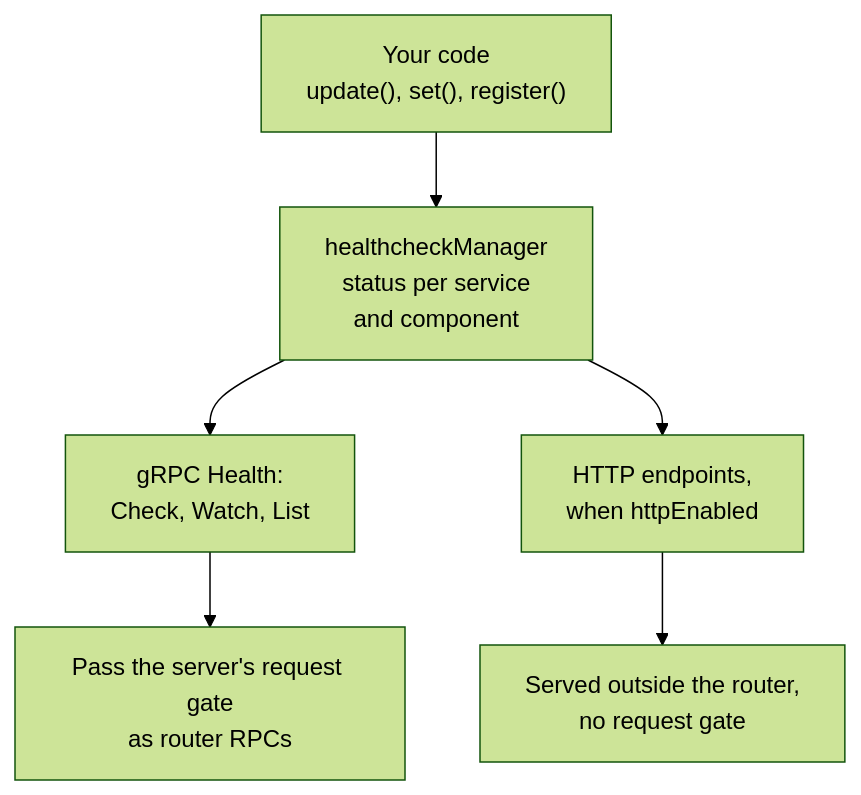
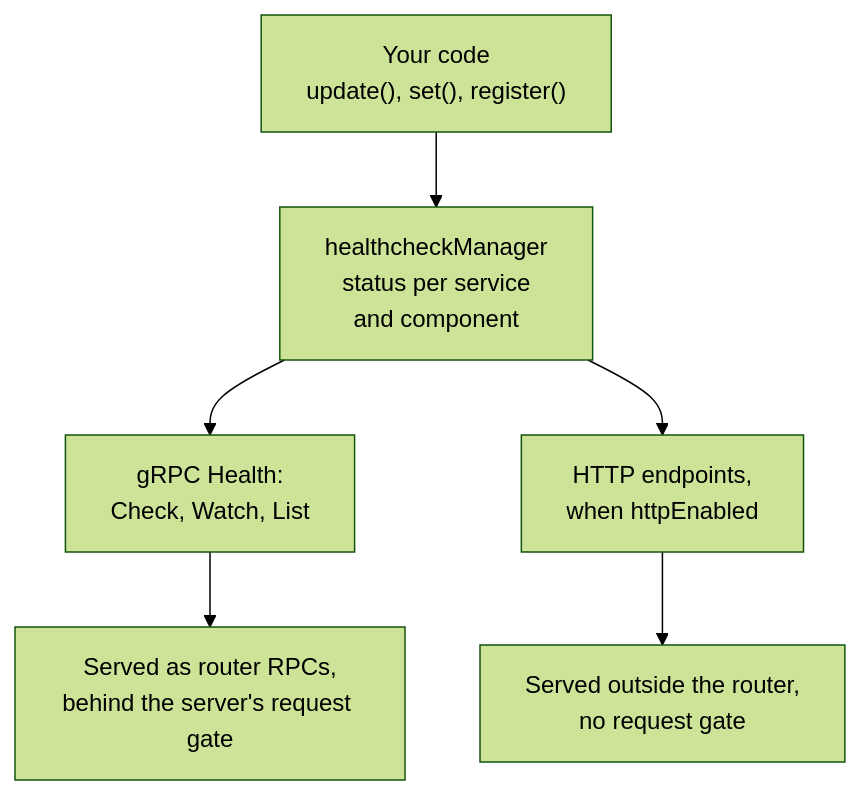
Before and after one commit to Connectum-Framework/docs: the diagram in en/guide/health-checks/protocol.md, drawn with Mermaid (forest theme). The commit also changed 1 other file, not shown here.

Commit message:
docs(diagrams): restore the "When to use" heading of the in-process page and word the health diagram node plainly
The in-process transport page lost its "When to use:" heading and the first bullet text had been appended to the paragraph before the list; both are back as they were. The health diagram node that read "Pass the server's request gate as router RPCs" now reads "Served as router RPCs, behind the server's request gate".

Claude-Session: https://claude.ai/code/session_01FoznWr9X2vr4VDNvKtknvf

````diff
--- a/en/guide/health-checks/protocol.md
+++ b/en/guide/health-checks/protocol.md
@@ -49,10 +49,10 @@
 ```mermaid
 flowchart TD
     App["Your code<br/>update(), set(), register()"] --> Mgr["healthcheckManager<br/>status per service<br/>and component"]
     Mgr --> GrpcRead["gRPC Health:<br/>Check, Watch, List"]
     Mgr --> HttpRead["HTTP endpoints,<br/>when httpEnabled"]
-    GrpcRead --> Router["Pass the server's request gate<br/>as router RPCs"]
+    GrpcRead --> Router["Served as router RPCs,<br/>behind the server's request gate"]
     HttpRead --> Plain["Served outside the router,<br/>no request gate"]
 
     class Mgr accent
 ```
````
